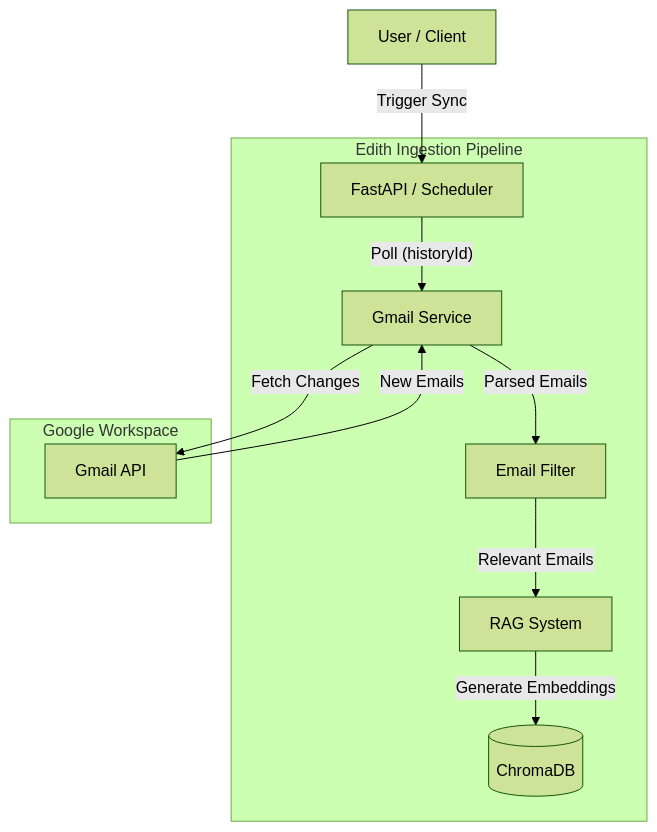
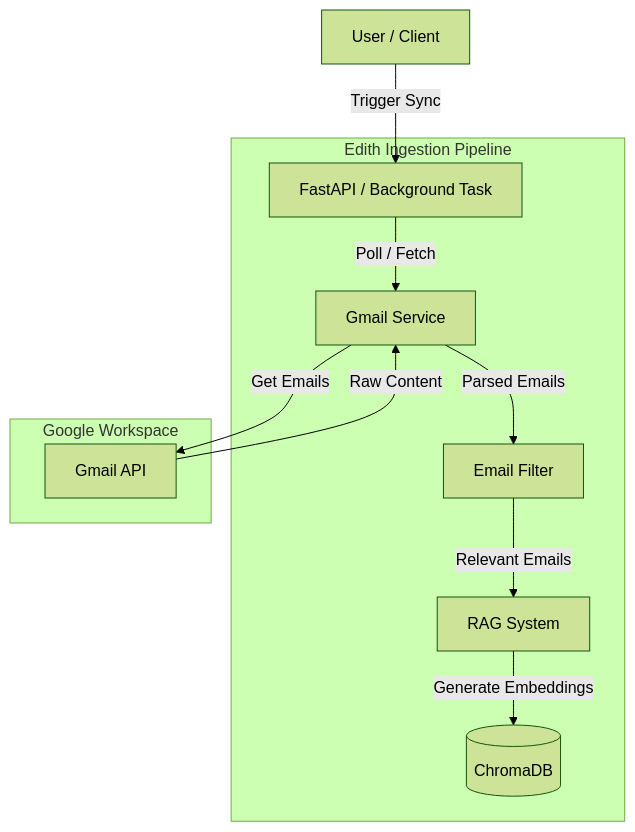
Before and after one commit to ChrisBryann/edith: the first of 2 diagrams in assets/DESIGN.md, drawn with Mermaid (forest theme). The commit also changed other lines of this file and 5 other files, not shown here.

Commit message:
docs: Refactor architecture diagrams into Ingestion and Query flows

````diff
--- a/assets/DESIGN.md
+++ b/assets/DESIGN.md
@@ -8,24 +8,24 @@
 ```mermaid
 graph TD
     User[User / Client]
     
     subgraph "Edith Ingestion Pipeline"
-        API[FastAPI / Scheduler]
+        API[FastAPI / Background Task]
         Gmail[Gmail Service]
         Filter[Email Filter]
         RAG[RAG System]
         DB[(ChromaDB)]
     end
     
     subgraph "Google Workspace"
         G_API[Gmail API]
     end
 
     User -- "Trigger Sync" --> API
-    API -- "Poll (historyId)" --> Gmail
-    Gmail -- "Fetch Changes" --> G_API
-    G_API -- "New Emails" --> Gmail
+    API -- "Poll / Fetch" --> Gmail
+    Gmail -- "Get Emails" --> G_API
+    G_API -- "Raw Content" --> Gmail
     Gmail -- "Parsed Emails" --> Filter
     Filter -- "Relevant Emails" --> RAG
     RAG -- "Generate Embeddings" --> DB
 ```
````
